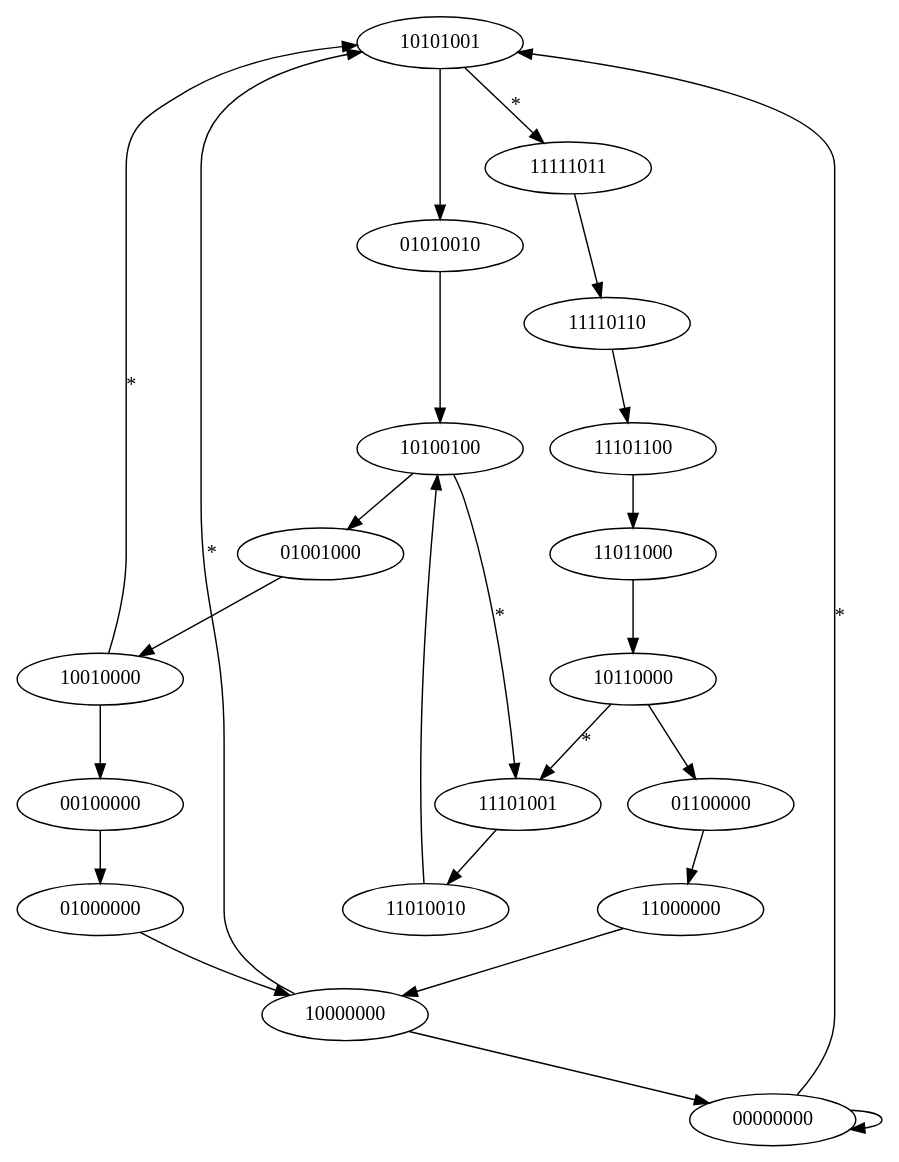
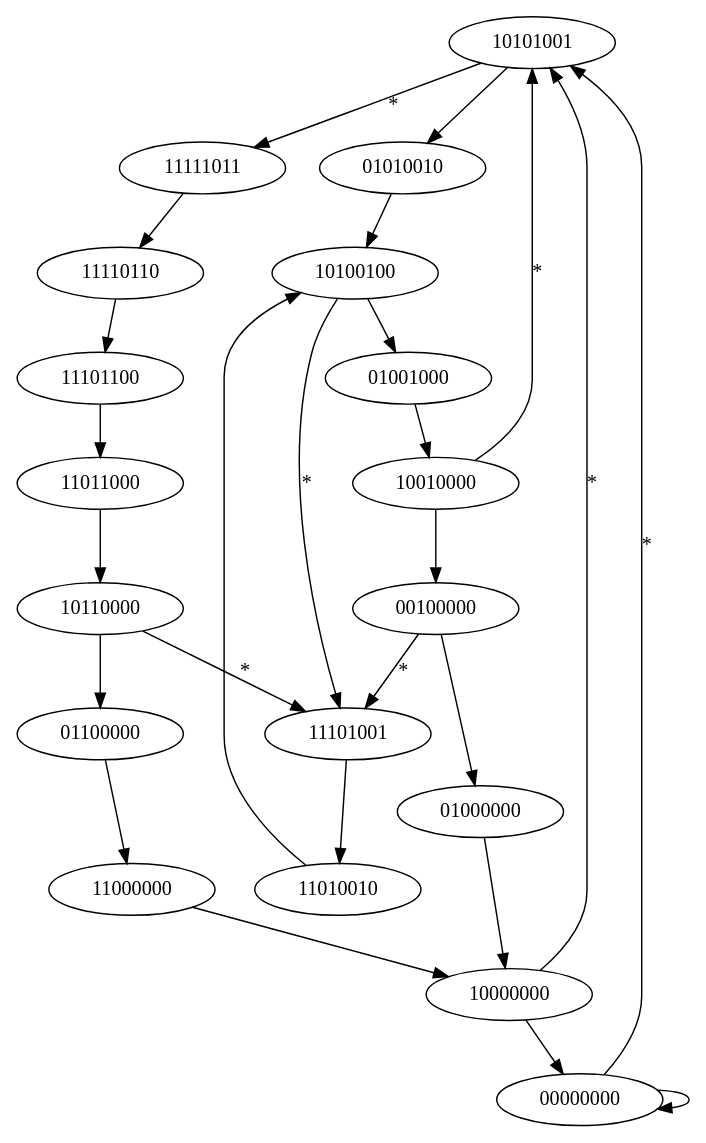
The diagram in full_graph.dot (Sholde/Graph), drawn with Graphviz before and after one commit. The commit also changed 3 other files, not shown here.

```diff
--- a/full_graph.dot
+++ b/full_graph.dot
@@ -1,46 +1,51 @@
 digraph {
     10101001 -> 01010010;
     01010010 -> 10100100;
     10100100 -> 01001000;
     01001000 -> 10010000;
     10010000 -> 00100000;
     00100000 -> 01000000;
     01000000 -> 10000000;
     10000000 -> 00000000;
     00000000 -> 00000000;
     00000000 -> 10101001[label="*",weight="1"];
 
     //    10101001
     // ou 01010010
     // =  11111011
     10101001 -> 11111011[label="*",weight="1"];
     11111011 -> 11110110;
     11110110 -> 11101100;
     11101100 -> 11011000;
     11011000 -> 10110000;
     10110000 -> 01100000;
     01100000 -> 11000000;
     11000000 -> 10000000;
     
     //    10101001
     // ou 01001000
     // =  11101001
     10100100 -> 11101001[label="*",weight="1"];
     11101001 -> 11010010;
     11010010 -> 10100100;
 
     //    10101001
     // ou 00100000
     // =  10101001
     10010000 -> 10101001[label="*",weight="1"];
 
     //    10101001
     // ou 00000000
     // =  10101001
     10000000 -> 10101001[label="*",weight="1"];
 
     //    10101001
     // ou 01100000
     // =  11101001
     10110000 -> 11101001[label="*",weight="1"];
+
+    //    10101001
+    // ou 01000000
+    // =  11101001
+    00100000 -> 11101001[label="*",weight="1"];
 }
```
